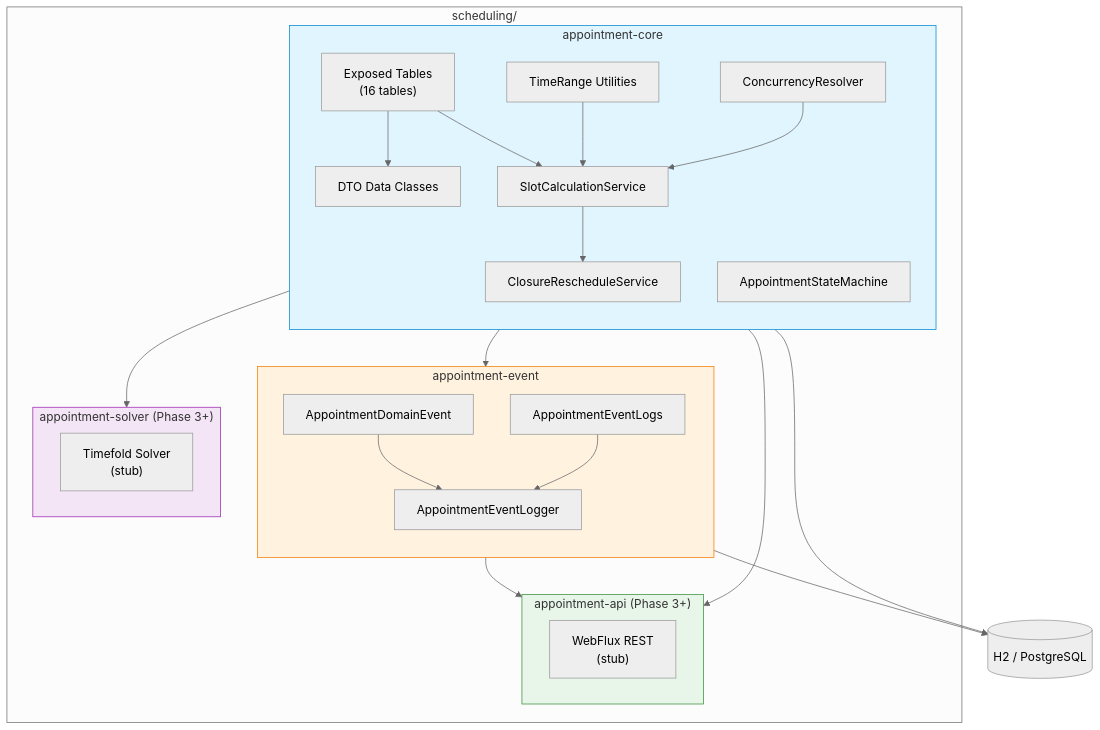
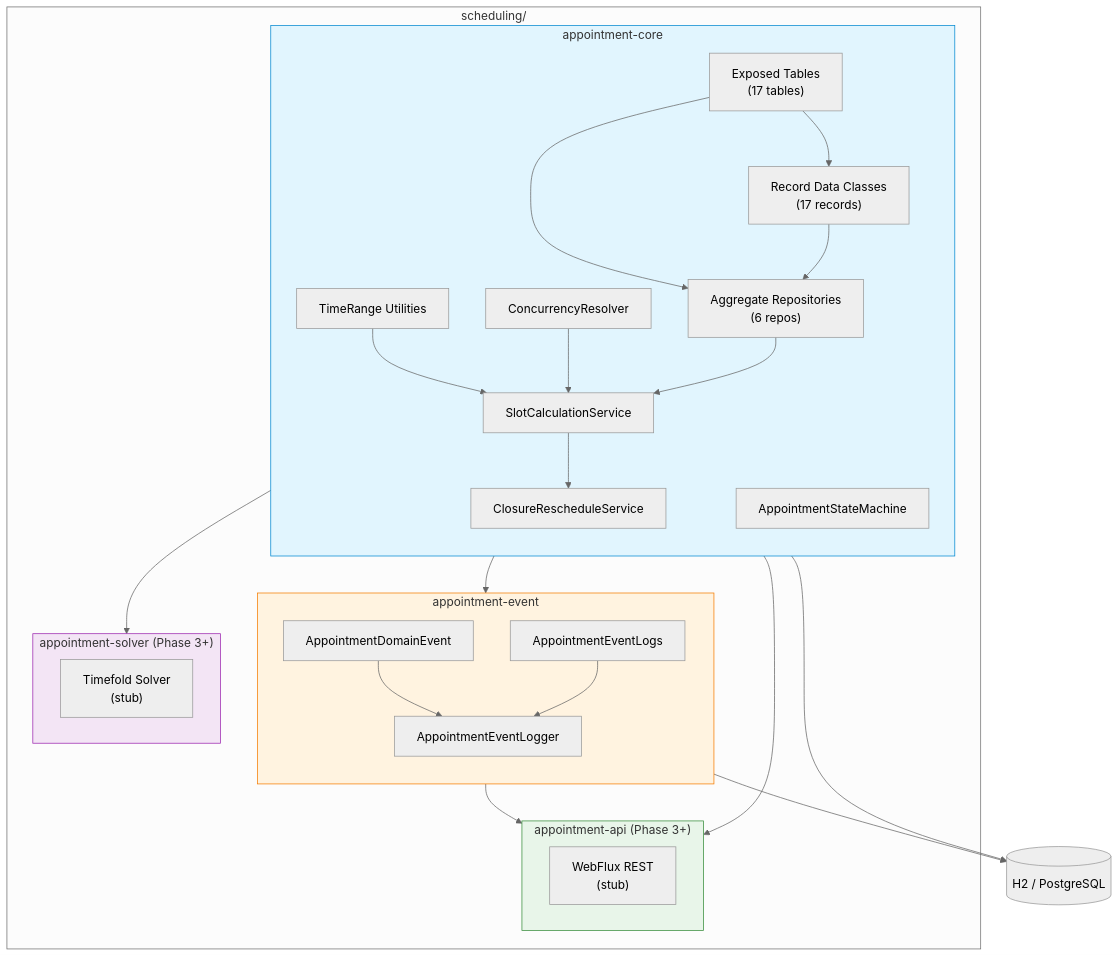
Before and after one commit to bluetape4k/bluetape4k-experimental: the first of 9 diagrams in scheduling/README.md, drawn with Mermaid (neutral theme). The commit also changed other lines of this file and 40 other files, not shown here.

First line of the commit message:
refactor(scheduling): Dto→Record 리네이밍, Repository 레이어 도입, ClinicDefaultBreakTimes 추가

````diff
--- a/scheduling/README.md
+++ b/scheduling/README.md
@@ -10,53 +10,56 @@
 ```mermaid
 graph TB
     subgraph "scheduling/"
         subgraph core["appointment-core"]
             direction TB
-            Tables["Exposed Tables<br/>(16 tables)"]
-            DTOs["DTO Data Classes"]
+            Tables["Exposed Tables<br/>(17 tables)"]
+            Records["Record Data Classes<br/>(17 records)"]
+            Repos["Aggregate Repositories<br/>(6 repos)"]
             SM["AppointmentStateMachine"]
             TR["TimeRange Utilities"]
             CR["ConcurrencyResolver"]
             SCS["SlotCalculationService"]
             CRS["ClosureRescheduleService"]
 
-            Tables --> DTOs
+            Tables --> Records
+            Tables --> Repos
+            Records --> Repos
             TR --> SCS
             CR --> SCS
-            Tables --> SCS
+            Repos --> SCS
             SCS --> CRS
         end
 
         subgraph event["appointment-event"]
             direction TB
             DE["AppointmentDomainEvent"]
             EL["AppointmentEventLogs"]
             Logger["AppointmentEventLogger"]
 
             DE --> Logger
             EL --> Logger
         end
 
         subgraph solver["appointment-solver (Phase 3+)"]
             TS["Timefold Solver<br/>(stub)"]
         end
 
         subgraph api["appointment-api (Phase 3+)"]
             WF["WebFlux REST<br/>(stub)"]
         end
     end
 
     core --> event
     core --> solver
     core --> api
     event --> api
 
     DB[(H2 / PostgreSQL)]
     Tables --> DB
     EL --> DB
 
     style core fill:#e1f5fe,stroke:#0288d1
     style event fill:#fff3e0,stroke:#f57c00
     style solver fill:#f3e5f5,stroke:#9c27b0
     style api fill:#e8f5e9,stroke:#388e3c
 ```
````
